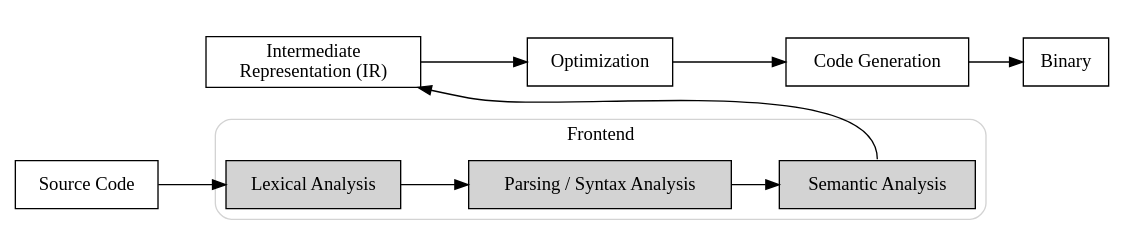
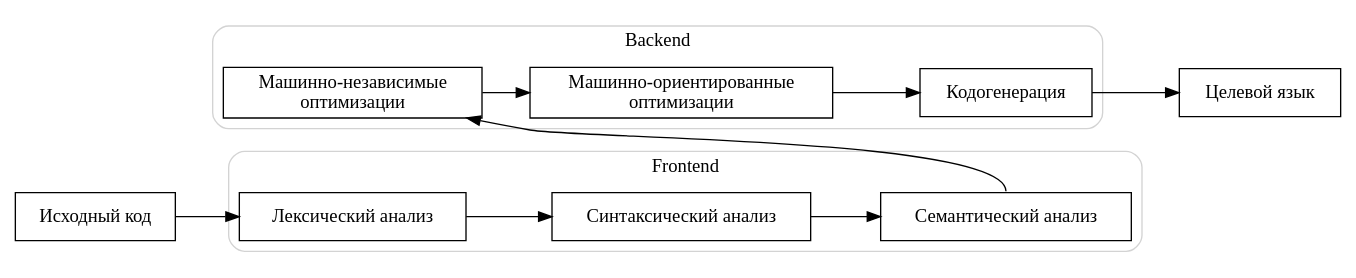
Before and after one commit to wwshjts/bachelor-thesis: the diagram in images/src/pipeline.gv, drawn with Graphviz. The commit also changed 2 other files, not shown here.

```diff
--- a/images/src/pipeline.gv
+++ b/images/src/pipeline.gv
@@ -1,39 +1,42 @@
 digraph CompilerPipeline {
+    fontname="Times New Roman"
+
     rankdir=LR;
     newrank=true;
     node [shape=box];
 
     subgraph cluster_backend {
-      style=invis
+      label="Backend"
+      color=lightgrey;
+      style=rounded;
 
-      IR [label="Intermediate\n Representation (IR)"];
-      Optimizer [label="Optimization"];
-      CodeGen [label="Code Generation"];
+      MLIR [label="Машинно-независимые \n оптимизации"];
+      LLIR [label="Машинно-ориентированные \n оптимизации"];
+      Codegen [label="Кодогенерация"];
 
-      IR -> Optimizer -> CodeGen;
+      MLIR -> LLIR -> Codegen;
     }
 
     subgraph cluster_frontend {
         label="Frontend";
+        color=lightgrey;
         style=rounded;
-        color=lightgrey;
-        node [style=filled];
 
-        Lexer [label="Lexical Analysis"];
-        Parser [label="Parsing / Syntax Analysis"];
-        Semantic [label="Semantic Analysis"];
+        Lexer [label="Лексический анализ"];
+        Parser [label="Синтаксический анализ"];
+        Semantic [label="Семантический анализ"];
 
 
         Lexer -> Parser -> Semantic;
     }
 
-    SourceCode [label="Source Code"];
-    Executable [label="Binary"];
+    SourceCode [label="Исходный код"];
+    Executable [label="Целевой язык"];
 
     SourceCode -> Lexer;
-    CodeGen -> Executable;
+    Codegen -> Executable;
 
-    Semantic:n -> IR[constraint=false];
+    Semantic:n -> MLIR[constraint=false];
 
-    {rank = same; IR Lexer} 
+    {rank = same; MLIR Lexer} 
 }
```
